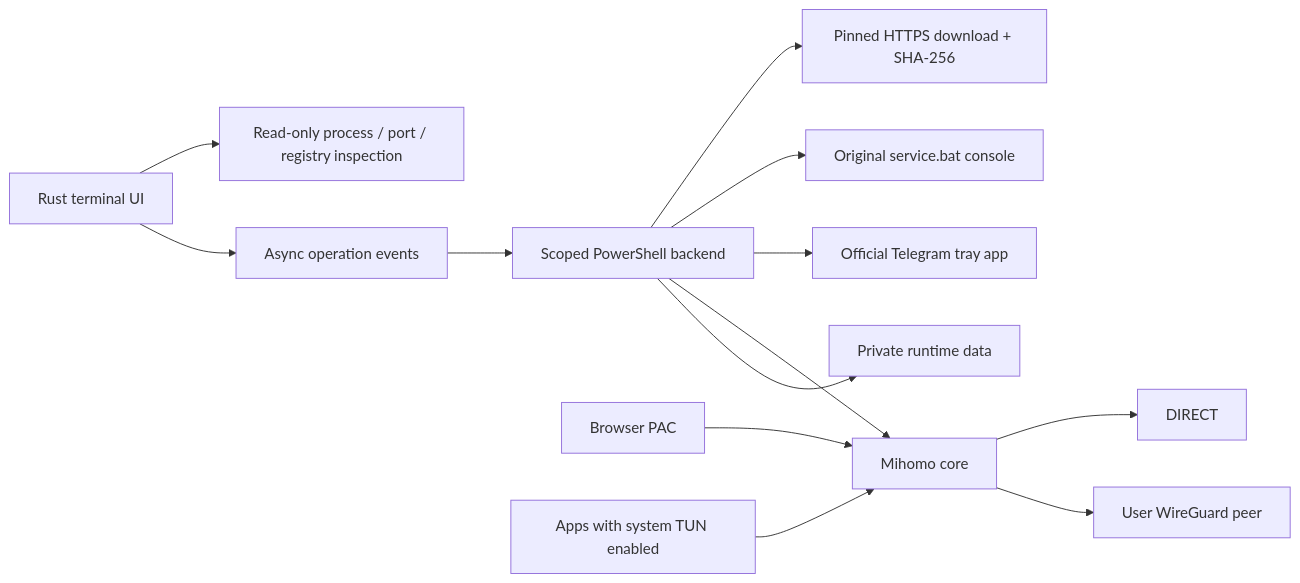
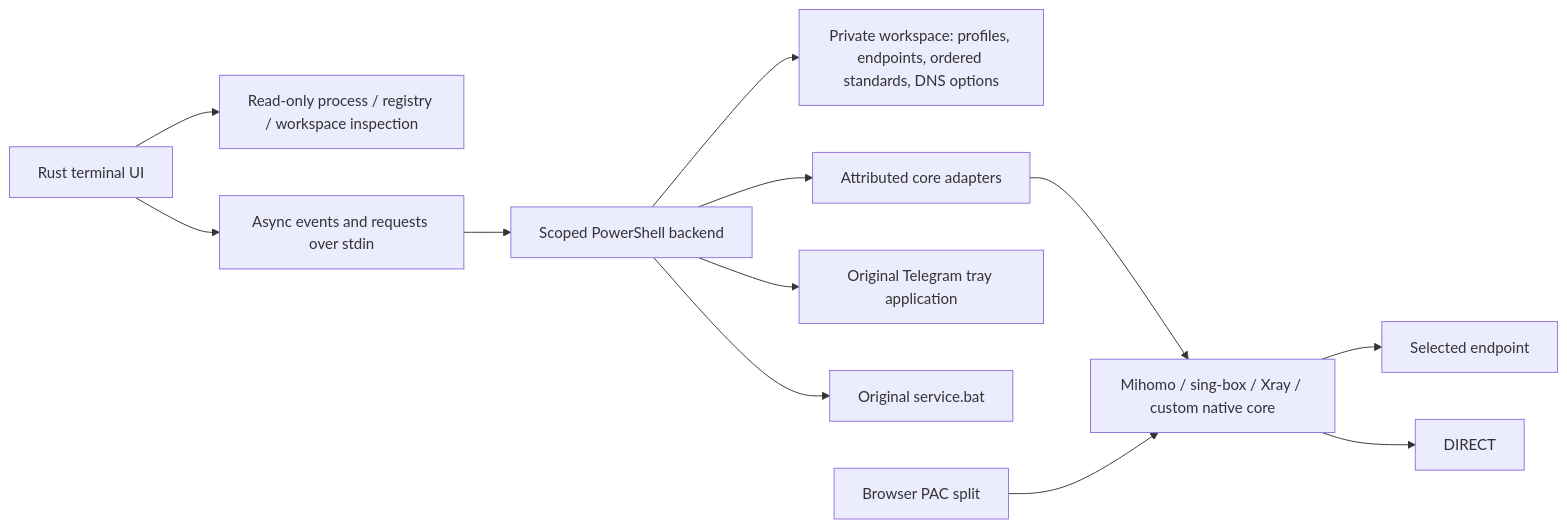
The diagram in docs/ARCHITECTURE.md (Oqune/URTW), drawn with Mermaid before and after one commit. The commit also changed other lines of this file and 46 other files, not shown here.

Commit message:
feat: expand URTW with core adapters and customizable routing workspace

````diff
--- a/docs/ARCHITECTURE.md
+++ b/docs/ARCHITECTURE.md
@@ -3,15 +3,14 @@
 ```mermaid
 flowchart LR
-  UI[Rust terminal UI] --> Events[Async operation events]
-  UI --> Read[Read-only process / port / registry inspection]
-  Events --> Backend[Scoped PowerShell backend]
-  Backend --> Data[Private runtime data]
-  Backend --> Mihomo[Mihomo core]
-  Backend --> TG[Official Telegram tray app]
-  Backend --> Zapret[Original service.bat console]
-  Backend --> Downloads[Pinned HTTPS download + SHA-256]
-  Browser[Browser PAC] --> Mihomo
-  Apps[Apps with system TUN enabled] --> Mihomo
-  Mihomo --> WG[User WireGuard peer]
-  Mihomo --> Direct[DIRECT]
+  UI[Rust terminal UI] --> Read[Read-only process / registry / workspace inspection]
+  UI --> Events[Async events and requests over stdin]
+  Events --> PS[Scoped PowerShell backend]
+  PS --> WS[Private workspace: profiles, endpoints, ordered standards, DNS options]
+  PS --> Catalog[Attributed core adapters]
+  Catalog --> Cores[Mihomo / sing-box / Xray / custom native core]
+  PS --> TG[Original Telegram tray application]
+  PS --> Zapret[Original service.bat]
+  Browser[Browser PAC split] --> Cores
+  Cores --> Proxy[Selected endpoint]
+  Cores --> Direct[DIRECT]
 ```
````
